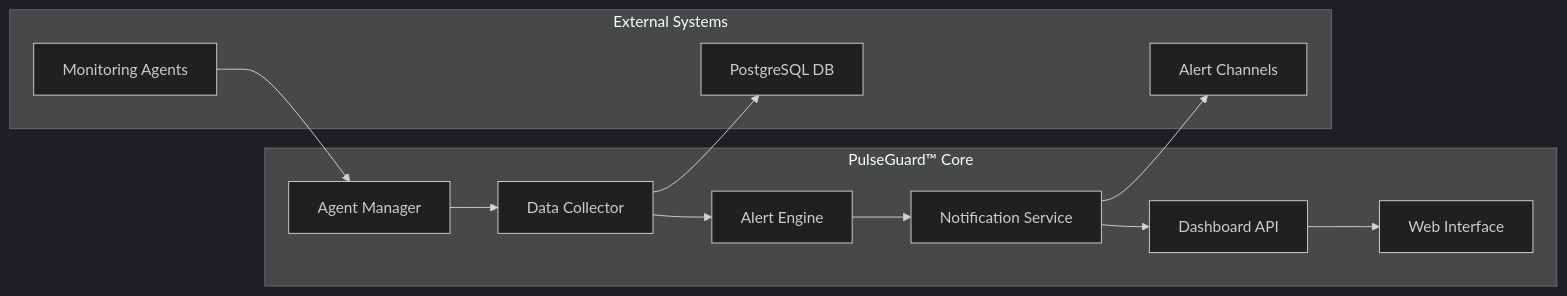
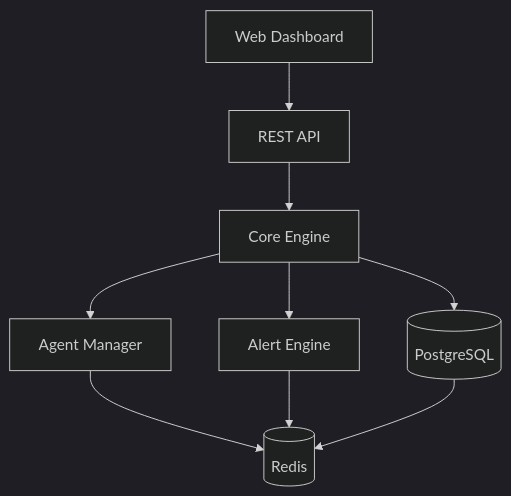
Before and after one commit to ShanKonduru/agent_monitor: the first of 9 diagrams in docs/PULSEGUARD_COMPREHENSIVE_DOCUMENTATION.md, drawn with Mermaid (dark theme). The commit also changed other lines of this file and 9338 other files, not shown here.

````diff
--- a/docs/PULSEGUARD_COMPREHENSIVE_DOCUMENTATION.md
+++ b/docs/PULSEGUARD_COMPREHENSIVE_DOCUMENTATION.md
@@ -100,20 +48,19 @@
 ```mermaid
-graph LR
-    subgraph PulseGuardCore [PulseGuard™ Core]
-        A[Agent Manager] --> B[Data Collector]
-        B --> C[Alert Engine]
-        C --> D[Notification Service]
-        D --> E[Dashboard API]
-        E --> F[Web Interface]
-    end
-    
-    subgraph ExternalSystems [External Systems]
-        G[Monitoring Agents]
-        H[PostgreSQL DB]
-        I[Alert Channels]
-    end
-    
-    G --> A
-    B --> H
-    D --> I
+graph TB
+    Web[Web Dashboard]
+    API[REST API]
+    Core[Core Engine]
+    AgentMgr[Agent Manager]
+    AlertEngine[Alert Engine]
+    DB[(PostgreSQL)]
+    Redis[(Redis)]
+
+    Web --> API
+    API --> Core
+    Core --> AgentMgr
+    Core --> AlertEngine
+    Core --> DB
+    AgentMgr --> Redis
+    AlertEngine --> Redis
+    DB --> Redis
 ```
````
